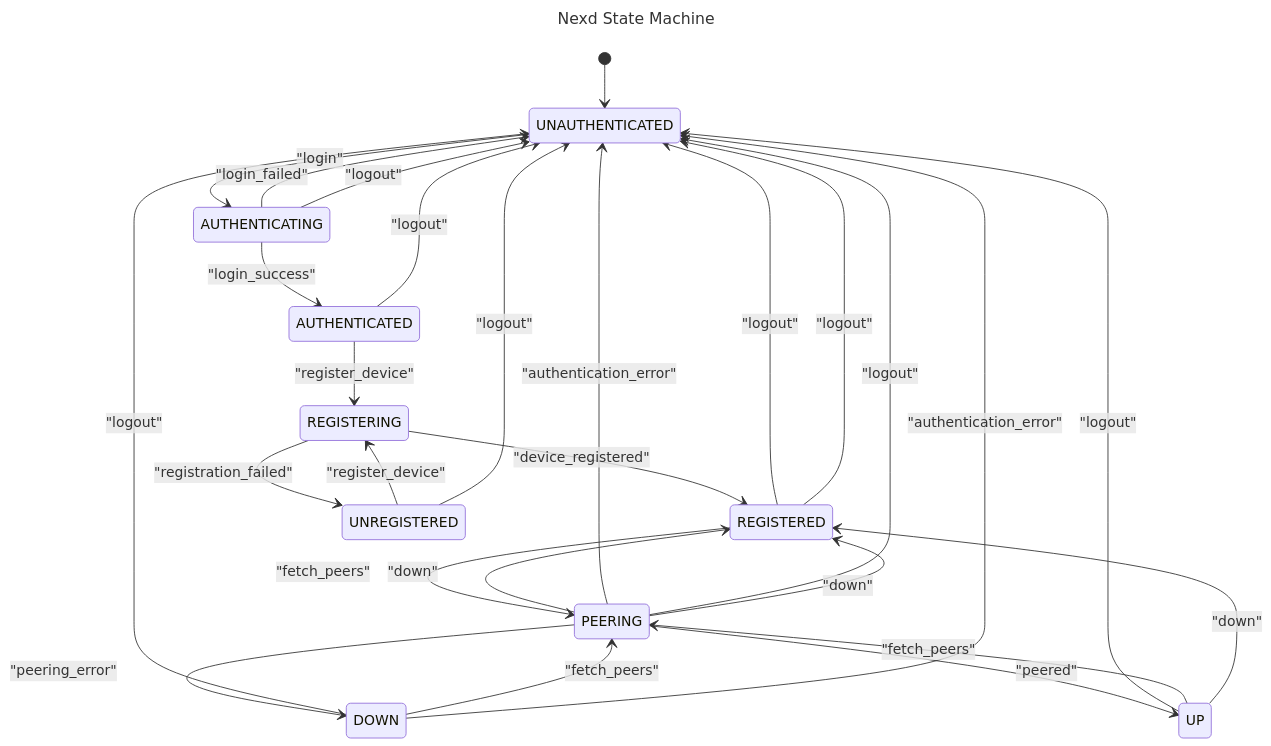
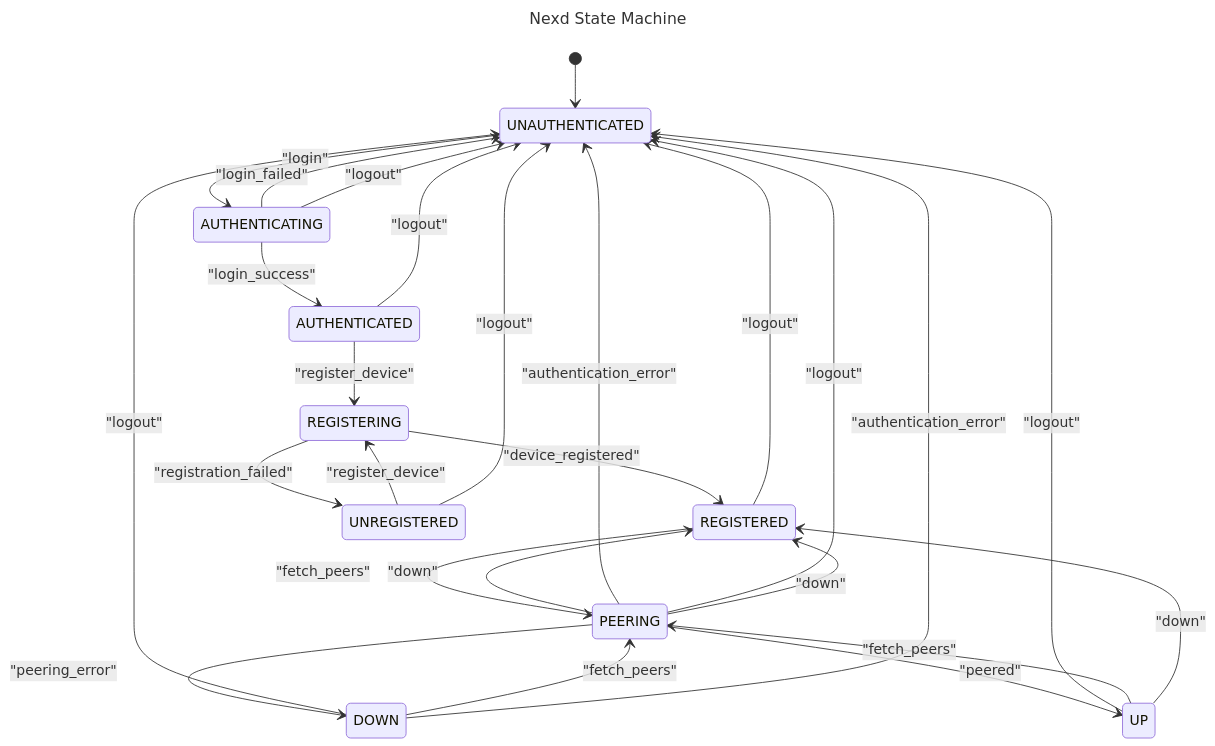
The diagram in docs/development/design/fsm.md (nexodus-io/nexodus), drawn with Mermaid before and after one commit. The commit also changed other lines of this file, not shown here.

````diff
--- a/docs/development/design/fsm.md
+++ b/docs/development/design/fsm.md
@@ -14,32 +14,31 @@
 ```mermaid
 ---
 title: Nexd State Machine
 ---
 stateDiagram-v2
     [*] --> UNAUTHENTICATED
     UNAUTHENTICATED --> AUTHENTICATING: "login"
     AUTHENTICATING --> AUTHENTICATED: "login_success"
     AUTHENTICATING --> UNAUTHENTICATED: "login_failed"
     AUTHENTICATING --> UNAUTHENTICATED: "logout"
     AUTHENTICATED --> REGISTERING: "register_device"
     AUTHENTICATED --> UNAUTHENTICATED: "logout"
     REGISTERING --> REGISTERED: "device_registered"
     REGISTERING --> UNREGISTERED: "registration_failed"
     REGISTERED --> UNAUTHENTICATED: "logout"
     UNREGISTERED --> REGISTERING: "register_device"
     UNREGISTERED --> UNAUTHENTICATED: "logout"
-    REGISTERED --> UNAUTHENTICATED: "logout"
     REGISTERED --> PEERING: "fetch_peers"
     PEERING --> REGISTERED: "down"
     PEERING --> DOWN: "peering_error"
     PEERING --> UNAUTHENTICATED: "authentication_error"
     PEERING --> UNAUTHENTICATED: "logout"
     PEERING --> REGISTERED: "down"
     PEERING --> UP: "peered"
     UP --> UNAUTHENTICATED: "logout"
     UP --> PEERING: "fetch_peers"
     UP --> REGISTERED: "down"
     DOWN --> UNAUTHENTICATED: "logout"
     DOWN --> PEERING: "fetch_peers"
     DOWN --> UNAUTHENTICATED: "authentication_error"
 ```
````
